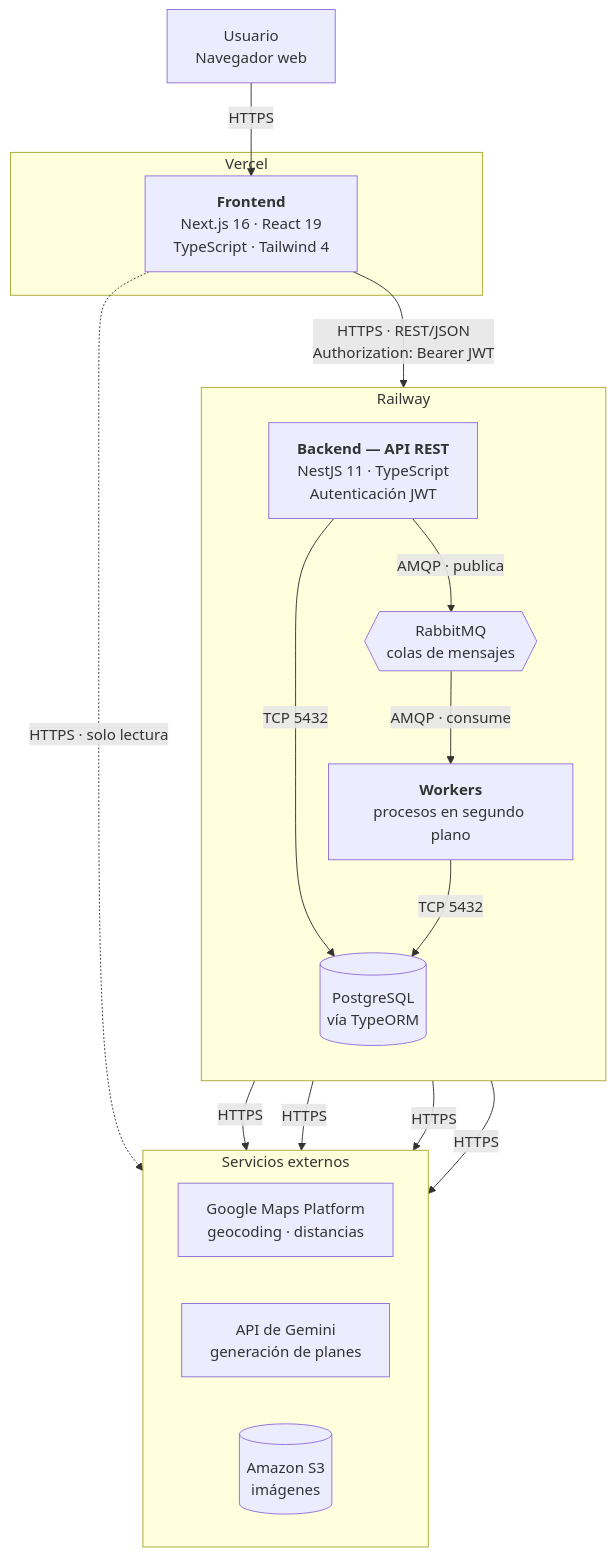
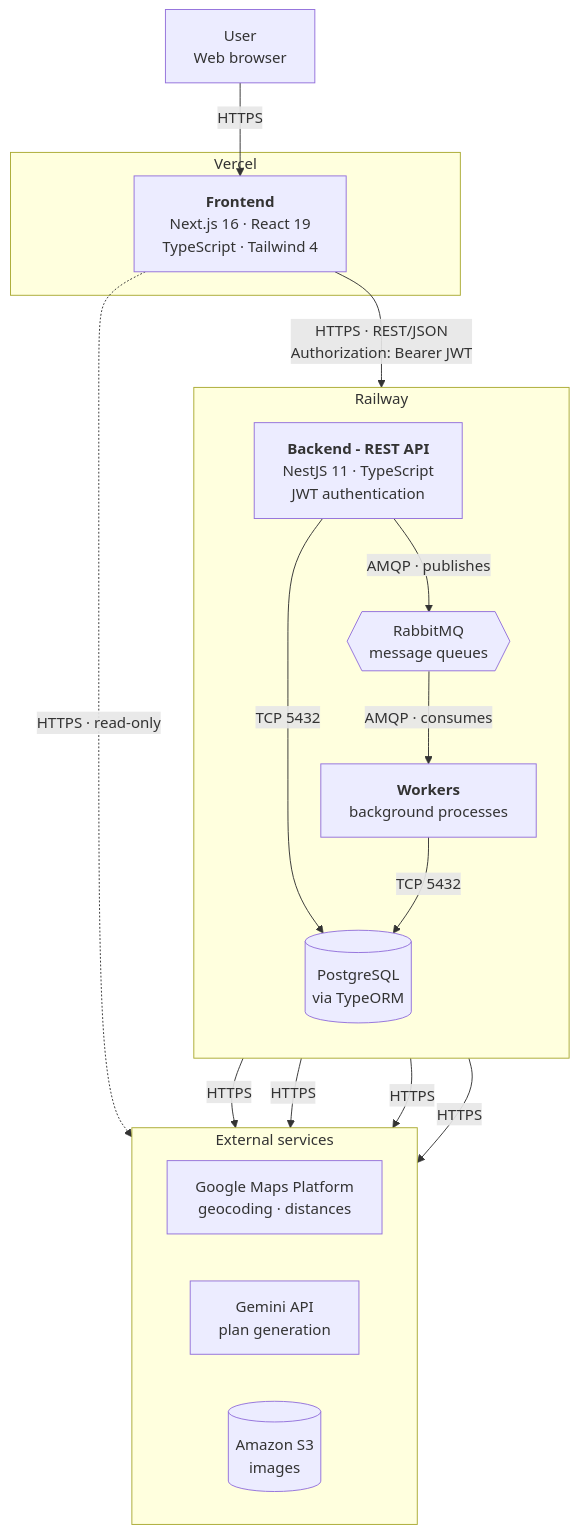
The diagram in skills/05-architecture/SKILL.md (SmartPlan-UTN/SmartPlan-back), drawn with Mermaid before and after one commit. The commit also changed other lines of this file and 168 other files, not shown here.

````diff
--- a/skills/05-architecture/SKILL.md
+++ b/skills/05-architecture/SKILL.md
@@ -22,35 +17,31 @@
 ```mermaid
 flowchart TB
-    U["Usuario<br/>Navegador web"]
-
+    U["User<br/>Web browser"]
     subgraph vercel["Vercel"]
         FE["<b>Frontend</b><br/>Next.js 16 · React 19<br/>TypeScript · Tailwind 4"]
     end
-
     subgraph railway["Railway"]
         direction TB
-        BE["<b>Backend — API REST</b><br/>NestJS 11 · TypeScript<br/>Autenticación JWT"]
-        MQ{{"RabbitMQ<br/>colas de mensajes"}}
-        WK["<b>Workers</b><br/>procesos en segundo plano"]
-        DB[("PostgreSQL<br/>vía TypeORM")]
+        BE["<b>Backend - REST API</b><br/>NestJS 11 · TypeScript<br/>JWT authentication"]
+        MQ{{"RabbitMQ<br/>message queues"}}
+        WK["<b>Workers</b><br/>background processes"]
+        DB[("PostgreSQL<br/>via TypeORM")]
     end
-
-    subgraph ext["Servicios externos"]
+    subgraph ext["External services"]
         direction LR
-        GM["Google Maps Platform<br/>geocoding · distancias"]
-        AI["API de Gemini<br/>generación de planes"]
-        S3[("Amazon S3<br/>imágenes")]
+        GM["Google Maps Platform<br/>geocoding · distances"]
+        AI["Gemini API<br/>plan generation"]
+        S3[("Amazon S3<br/>images")]
     end
-
     U -->|HTTPS| FE
     FE -->|"HTTPS · REST/JSON<br/>Authorization: Bearer JWT"| BE
-    BE -->|"AMQP · publica"| MQ
-    MQ -->|"AMQP · consume"| WK
+    BE -->|"AMQP · publishes"| MQ
+    MQ -->|"AMQP · consumes"| WK
     BE -->|"TCP 5432"| DB
     WK -->|"TCP 5432"| DB
     BE -->|HTTPS| GM
     BE -->|HTTPS| S3
     WK -->|HTTPS| GM
     WK -->|HTTPS| AI
-    FE -.->|"HTTPS · solo lectura"| S3
+    FE -.->|"HTTPS · read-only"| S3
 ```
````
